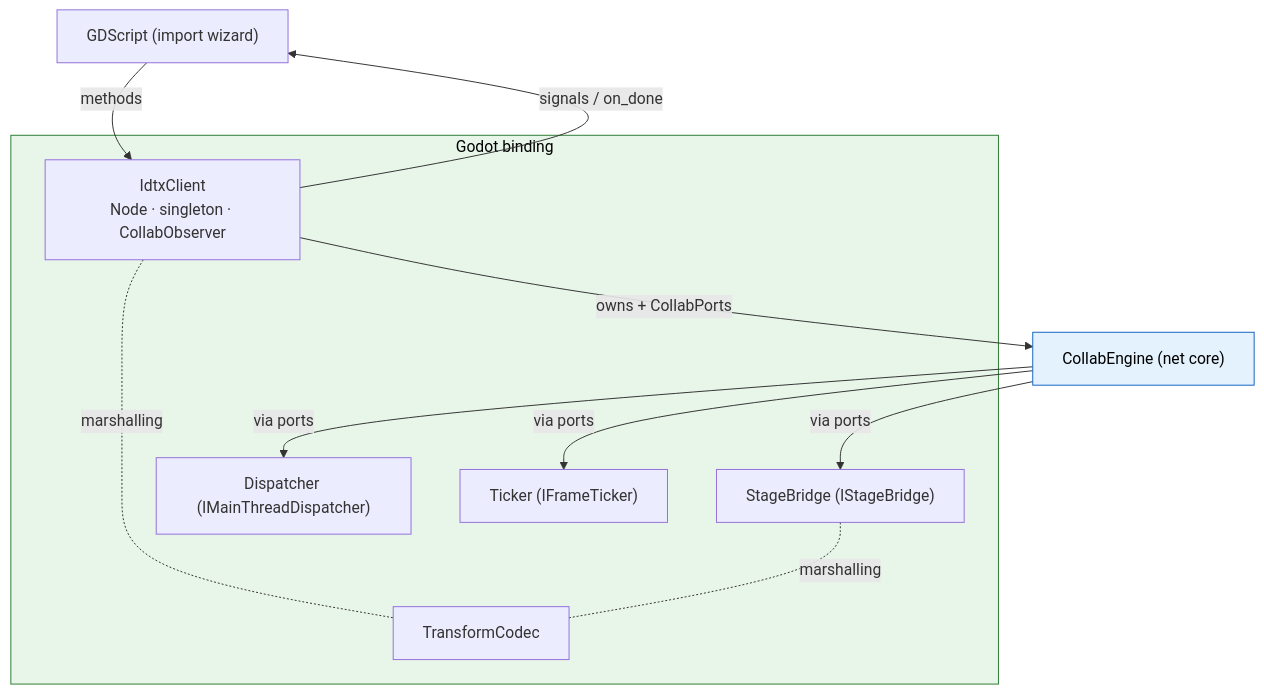
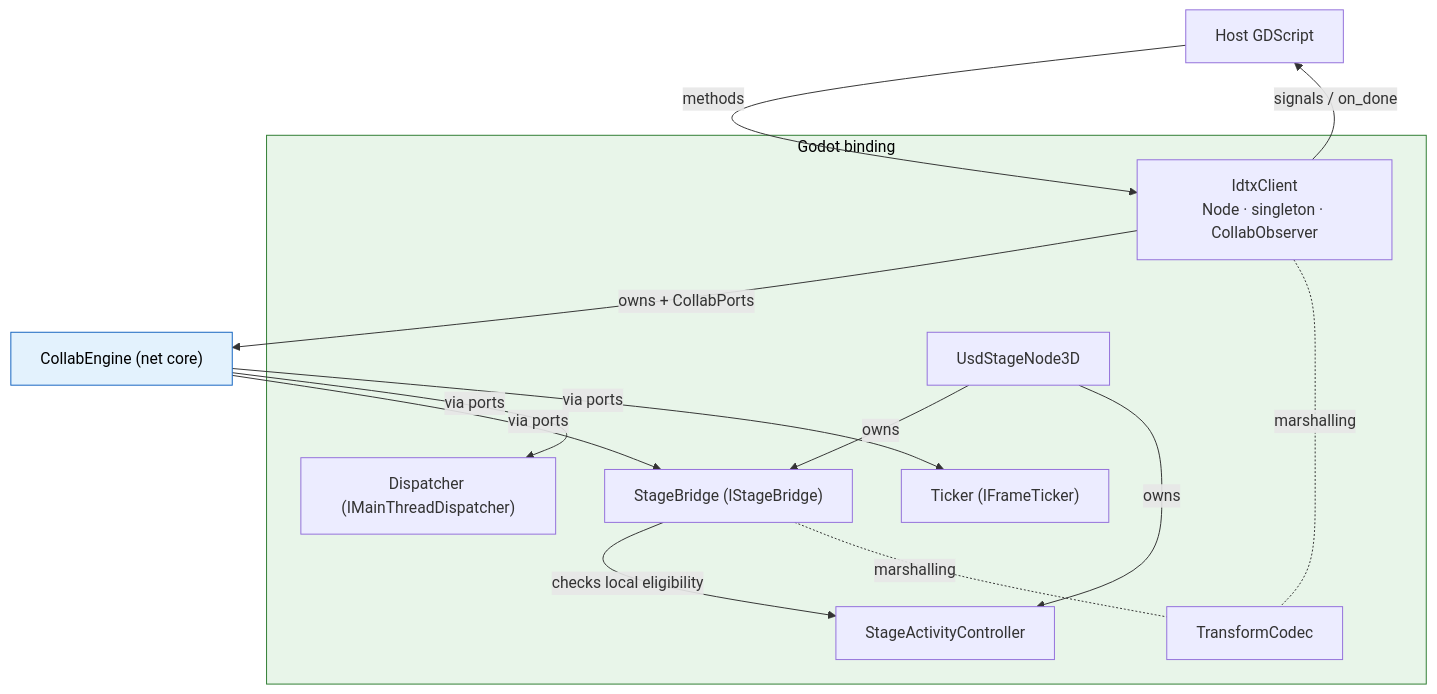
One commit to Immersive-Data-Center-Management/idtx-flow changed the diagram in docs/collab-client/godot-binding.md. Above: the diagram before and after it, drawn with Mermaid. The commit also changed other lines of this file and 42 other files, not shown here.

````diff
--- a/docs/collab-client/godot-binding.md
+++ b/docs/collab-client/godot-binding.md
@@ -18,24 +18,29 @@
 ```mermaid
 graph TB
-    GD["GDScript (import wizard)"]
+    GD["Host GDScript"]
     subgraph BIND["Godot binding"]
         CLIENT["IdtxClient<br/>Node · singleton · CollabObserver"]
         BRIDGE["StageBridge (IStageBridge)"]
         CODEC["TransformCodec"]
         DISP["Dispatcher (IMainThreadDispatcher)"]
         TICK["Ticker (IFrameTicker)"]
+        STAGE["UsdStageNode3D"]
+        ACTIVITY["StageActivityController"]
     end
     ENGINE["CollabEngine (net core)"]
 
     GD -->|methods| CLIENT
     CLIENT -->|signals / on_done| GD
     CLIENT -->|owns + CollabPorts| ENGINE
     ENGINE -->|via ports| BRIDGE
     ENGINE -->|via ports| DISP
     ENGINE -->|via ports| TICK
+    STAGE -->|owns| BRIDGE
+    STAGE -->|owns| ACTIVITY
+    BRIDGE -->|checks local eligibility| ACTIVITY
     CLIENT -.marshalling.- CODEC
     BRIDGE -.marshalling.- CODEC
 
     style BIND fill:#e8f5e9,stroke:#2e7d32,color:#000
     style ENGINE fill:#e3f2fd,stroke:#1565c0,color:#000
 ```
````
